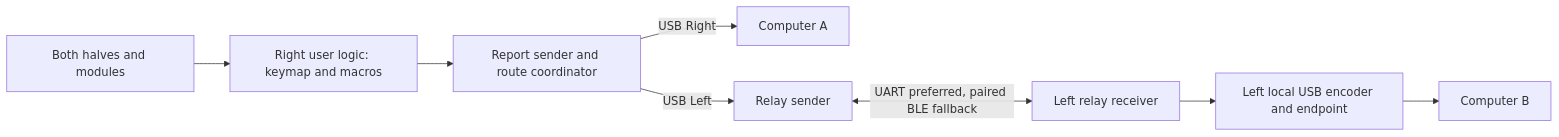
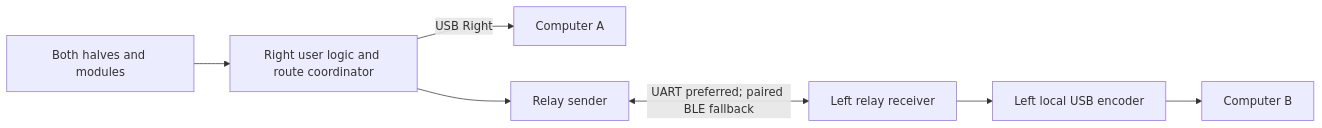
Before and after one commit to leadZERO/UHK-Firmware: the diagram in doc-dev/technical/uhk80-dual-usb-hosts-design.md, drawn with Mermaid. The commit also changed other lines of this file and 18 other files, not shown here.

````diff
--- a/doc-dev/technical/uhk80-dual-usb-hosts-design.md
+++ b/doc-dev/technical/uhk80-dual-usb-hosts-design.md
@@ -84,10 +16,9 @@
 ```mermaid
 flowchart LR
-  K[Both halves and modules] --> U[Right user logic: keymap and macros]
-  U --> S[Report sender and route coordinator]
-  S -->|USB Right| A[Computer A]
-  S -->|USB Left| T[Relay sender]
-  T <-->|UART preferred, paired BLE fallback| L[Left relay receiver]
-  L --> E[Left local USB encoder and endpoint]
+  K[Both halves and modules] --> R[Right user logic and route coordinator]
+  R -->|USB Right| A[Computer A]
+  R --> T[Relay sender]
+  T <-->|UART preferred; paired BLE fallback| L[Left relay receiver]
+  L --> E[Left local USB encoder]
   E --> B[Computer B]
 ```
````
